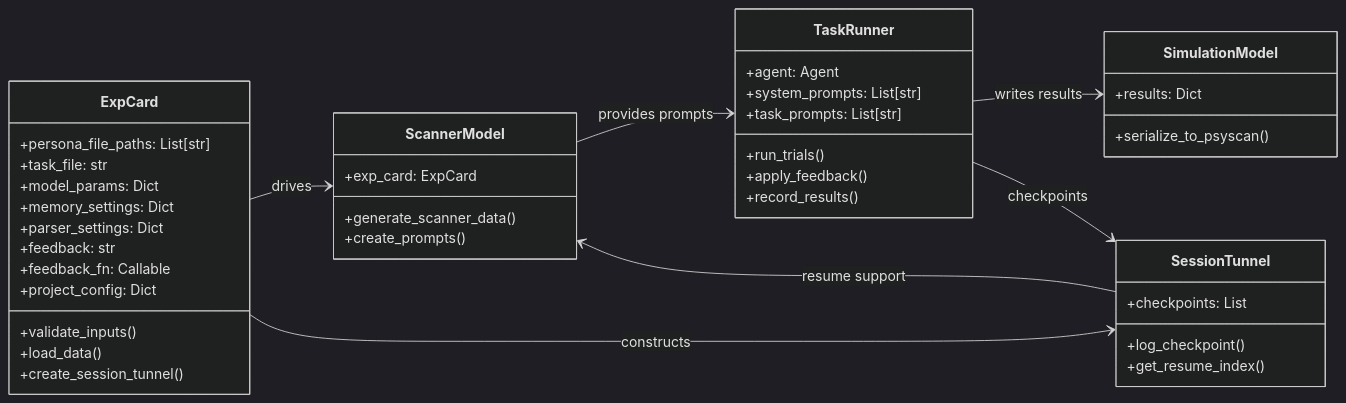
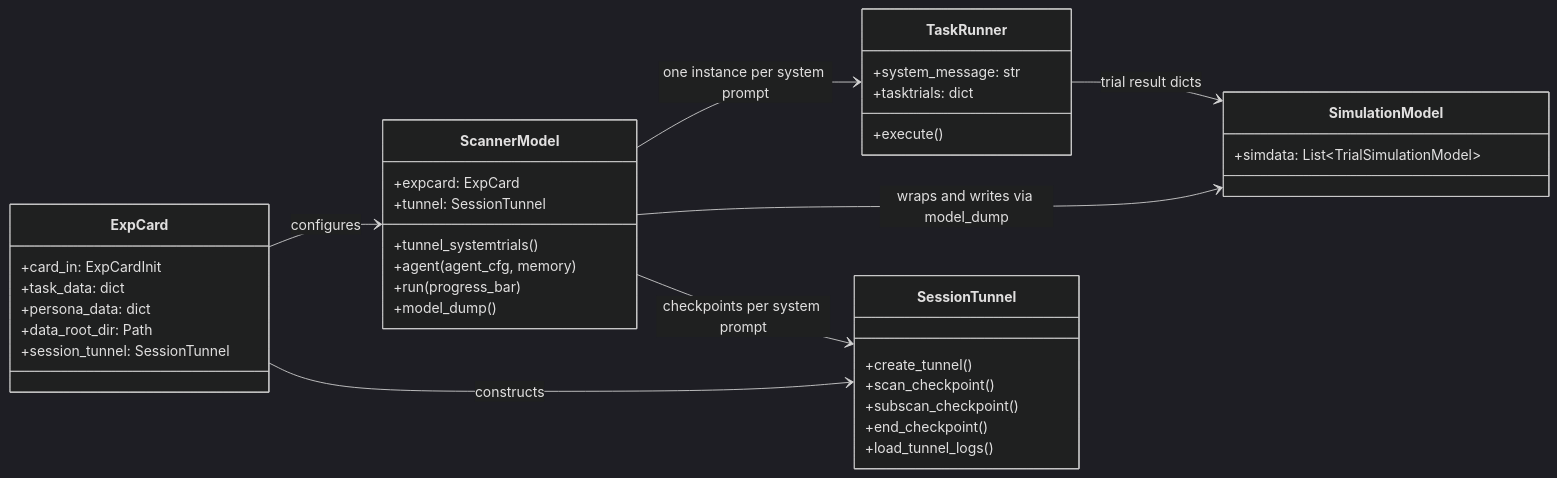
Before and after one commit to saurabhr/psychscanner: the fifth of 5 diagrams in docs/guides/psychscanner_workflow.md, drawn with Mermaid (dark theme). The commit also changed other lines of this file and 14 other files, not shown here.

First line of the commit message:
Docs: clarify env/tunnel/memory, add dotenv

````diff
--- a/docs/guides/psychscanner_workflow.md
+++ b/docs/guides/psychscanner_workflow.md
@@ -282,51 +282,46 @@
 ```mermaid
 classDiagram
     direction LR
 
     class ExpCard {
-        +persona_file_paths: List[str]
-        +task_file: str
-        +model_params: Dict
-        +memory_settings: Dict
-        +parser_settings: Dict
-        +feedback: str
-        +feedback_fn: Callable
-        +project_config: Dict
-        +validate_inputs()
-        +load_data()
-        +create_session_tunnel()
+        +card_in: ExpCardInit
+        +task_data: dict
+        +persona_data: dict
+        +data_root_dir: Path
+        +session_tunnel: SessionTunnel
     }
 
     class ScannerModel {
-        +exp_card: ExpCard
-        +generate_scanner_data()
-        +create_prompts()
+        +expcard: ExpCard
+        +tunnel: SessionTunnel
+        +tunnel_systemtrials()
+        +agent(agent_cfg, memory)
+        +run(progress_bar)
+        +model_dump()
     }
 
     class TaskRunner {
-        +agent: Agent
-        +system_prompts: List[str]
-        +task_prompts: List[str]
-        +run_trials()
-        +apply_feedback()
-        +record_results()
+        +system_message: str
+        +tasktrials: dict
+        +execute()
     }
 
     class SimulationModel {
-        +results: Dict
-        +serialize_to_psyscan()
+        +simdata: List~TrialSimulationModel~
     }
 
     class SessionTunnel {
-        +checkpoints: List
-        +log_checkpoint()
-        +get_resume_index()
+        +create_tunnel()
+        +scan_checkpoint()
+        +subscan_checkpoint()
+        +end_checkpoint()
+        +load_tunnel_logs()
     }
 
-    ExpCard --> ScannerModel : drives
-    ScannerModel --> TaskRunner : provides prompts
-    TaskRunner --> SimulationModel : writes results
+    ExpCard --> ScannerModel : configures
     ExpCard --> SessionTunnel : constructs
-    TaskRunner --> SessionTunnel : checkpoints
-    SessionTunnel --> ScannerModel : resume support
+    ScannerModel --> TaskRunner : one instance per system prompt
+    TaskRunner --> SimulationModel : trial result dicts
+    ScannerModel --> SimulationModel : wraps and writes via model_dump
+    ScannerModel --> SessionTunnel : checkpoints per system prompt
 ```
````
